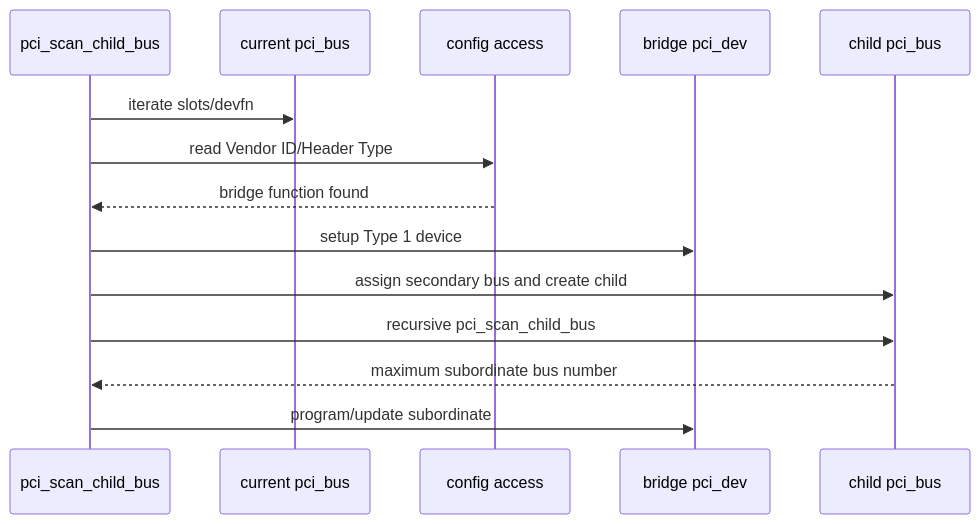
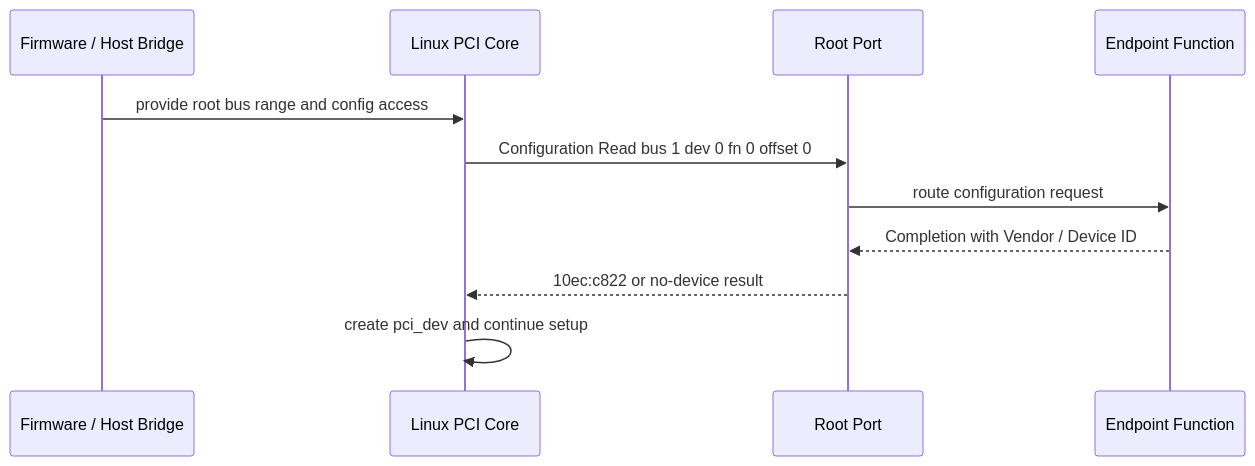
Before and after one commit to cdragon-ljl/EEandEdgeAI: the first of 3 diagrams in docs/articles/pcie/pci-02-enumeration-config-space.md, drawn with Mermaid. The commit also changed other lines of this file and 3 other files, not shown here.

````diff
--- a/docs/articles/pcie/pci-02-enumeration-config-space.md
+++ b/docs/articles/pcie/pci-02-enumeration-config-space.md
@@ -189,16 +21,13 @@
 ```mermaid
 sequenceDiagram
-    participant C as pci_scan_child_bus
-    participant B as current pci_bus
-    participant F as config access
-    participant BR as bridge pci_dev
-    participant CH as child pci_bus
-    C->>B: iterate slots/devfn
-    C->>F: read Vendor ID/Header Type
-    F-->>C: bridge function found
-    C->>BR: setup Type 1 device
-    C->>CH: assign secondary bus and create child
-    C->>CH: recursive pci_scan_child_bus
-    CH-->>C: maximum subordinate bus number
-    C->>BR: program/update subordinate
+    participant FW as Firmware / Host Bridge
+    participant CORE as Linux PCI Core
+    participant RP as Root Port
+    participant EP as Endpoint Function
+    FW->>CORE: provide root bus range and config access
+    CORE->>RP: Configuration Read bus 1 dev 0 fn 0 offset 0
+    RP->>EP: route configuration request
+    EP-->>RP: Completion with Vendor / Device ID
+    RP-->>CORE: 10ec:c822 or no-device result
+    CORE->>CORE: create pci_dev and continue setup
 ```
````
